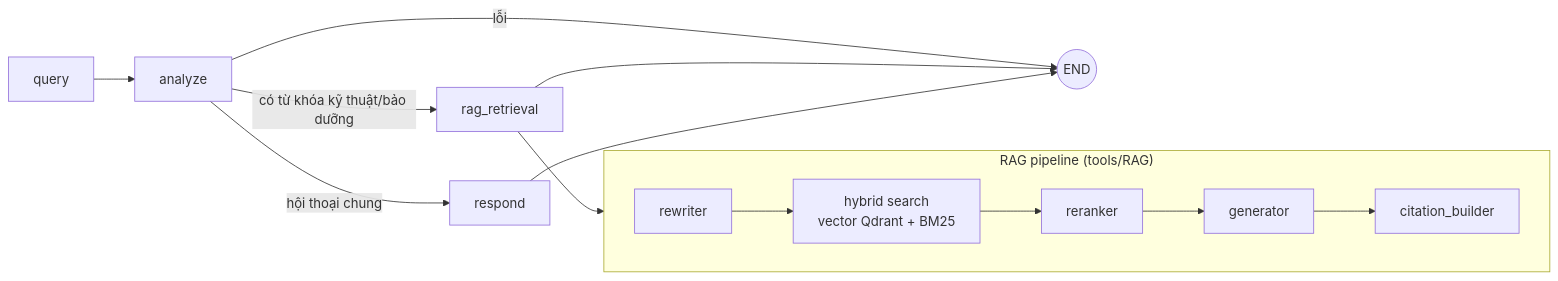
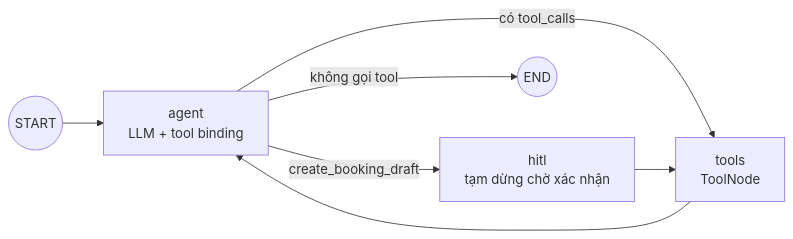
Before and after one commit to tungld9999blacksmith/mvp-40-days-deployments-team-146: the fifth of 7 diagrams in docs/architecture.md, drawn with Mermaid. The commit also changed other lines of this file and 505 other files, not shown here.

````diff
--- a/docs/architecture.md
+++ b/docs/architecture.md
@@ -243,16 +256,9 @@
 ```mermaid
 flowchart LR
-    Q[query] --> A[analyze]
-    A -- có từ khóa kỹ thuật/bảo dưỡng --> RAG[rag_retrieval]
-    A -- hội thoại chung --> Resp[respond]
-    A -- lỗi --> E((END))
-    RAG --> E
-    Resp --> E
-
-    subgraph Pipeline["RAG pipeline (tools/RAG)"]
-        direction LR
-        RW[rewriter] --> H[hybrid search<br/>vector Qdrant + BM25]
-        H --> RR[reranker] --> G[generator] --> C[citation_builder]
-    end
-    RAG --> Pipeline
+    S((START)) --> A[agent<br/>LLM + tool binding]
+    A -- có tool_calls --> T[tools<br/>ToolNode]
+    A -- create_booking_draft --> H[hitl<br/>tạm dừng chờ xác nhận]
+    A -- không gọi tool --> E((END))
+    T --> A
+    H --> T
 ```
````
